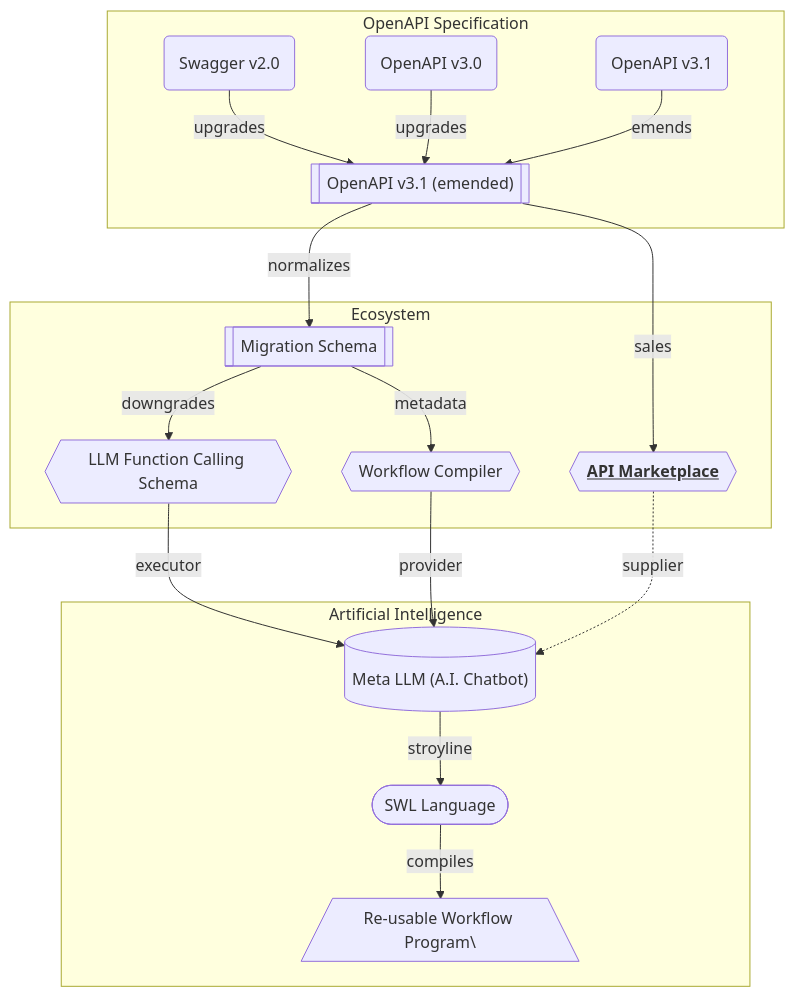
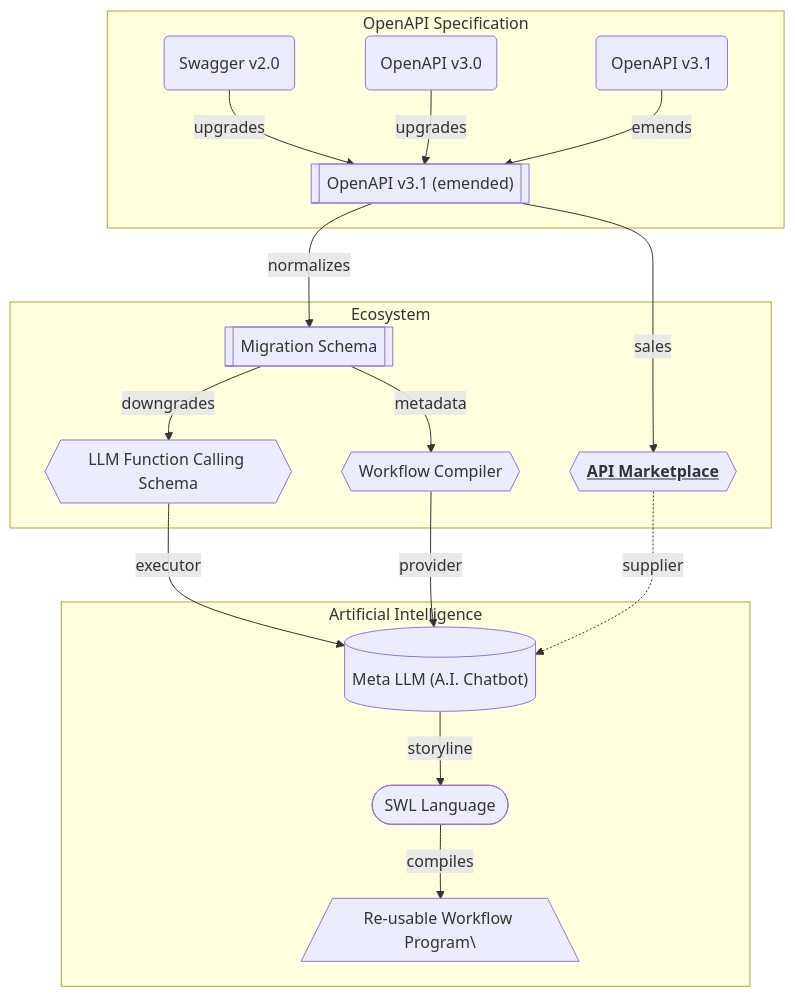
One commit to wrtnio/studio-pro changed the diagram in pages/tech-specs/marketplace/preface.mdx. Above: the diagram before and after it, drawn with Mermaid. The commit also changed 7 other files, not shown here.

````diff
--- a/pages/tech-specs/marketplace/preface.mdx
+++ b/pages/tech-specs/marketplace/preface.mdx
@@ -2,21 +2,21 @@
 ```mermaid
 flowchart
   subgraph "OpenAPI Specification"
     v20(Swagger v2.0) --upgrades--> emended[["OpenAPI v3.1 (emended)"]]
     v30(OpenAPI v3.0) --upgrades--> emended
     v31(OpenAPI v3.1) --emends--> emended
   end
   subgraph "Ecosystem"
     emended --normalizes--> migration[["Migration Schema"]]
     migration --downgrades--> lfc{{"LLM Function Calling Schema"}}
     migration --metadata--> compiler{{"Workflow Compiler"}}
     emended --sales--> marketplace{{"<b><u>API Marketplace</u></b>"}}
   end
   subgraph "Artificial Intelligence"
     lfc --executor--> meta[("Meta LLM (A.I. Chatbot)")]
     compiler --provider--> meta
     marketplace -.supplier.-> meta
-    meta --stroyline--> swl(["SWL Language"])
+    meta --storyline--> swl(["SWL Language"])
     swl --compiles--> program[/"Re-usable Workflow Program"\\]
   end
 ```
````
